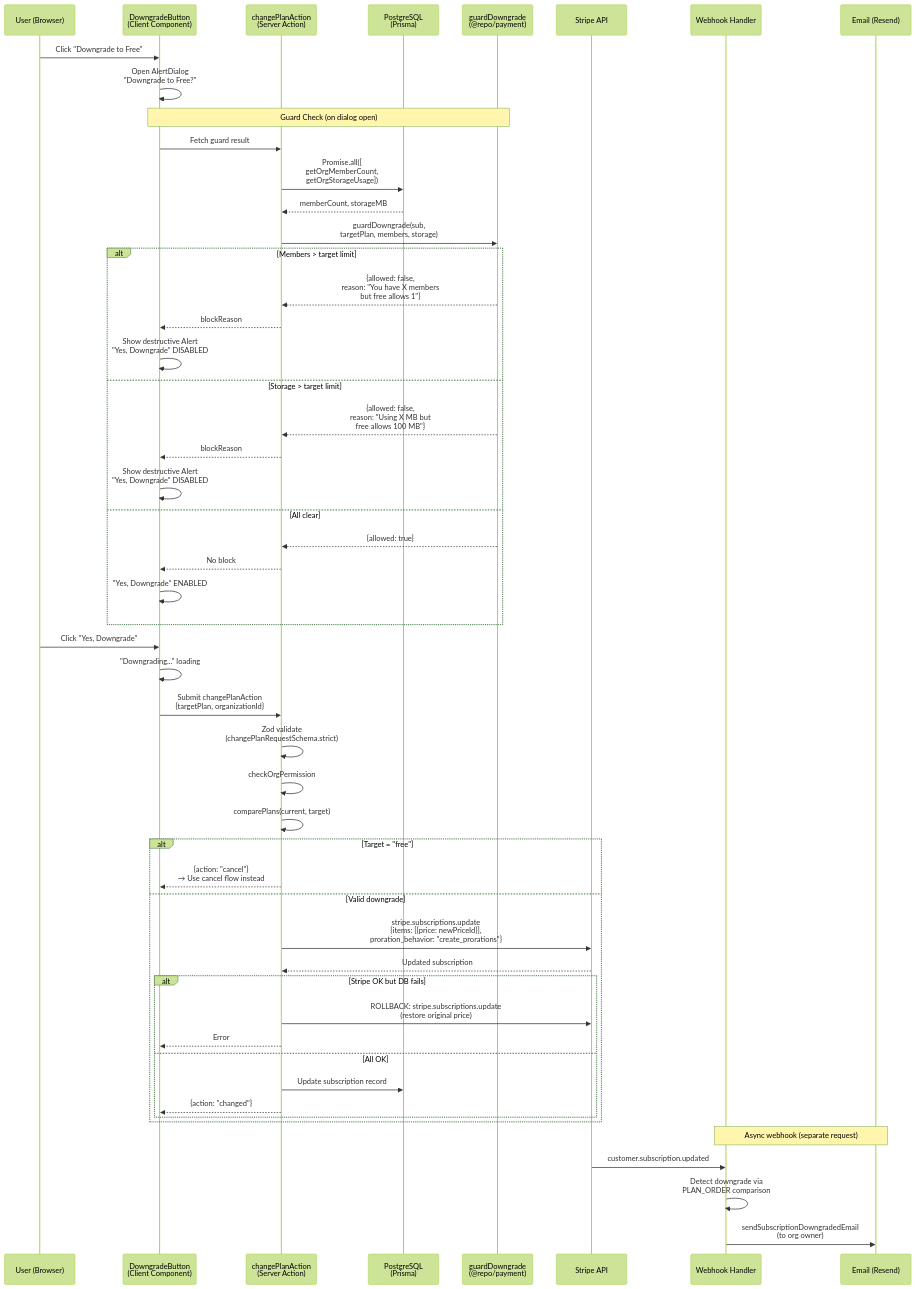
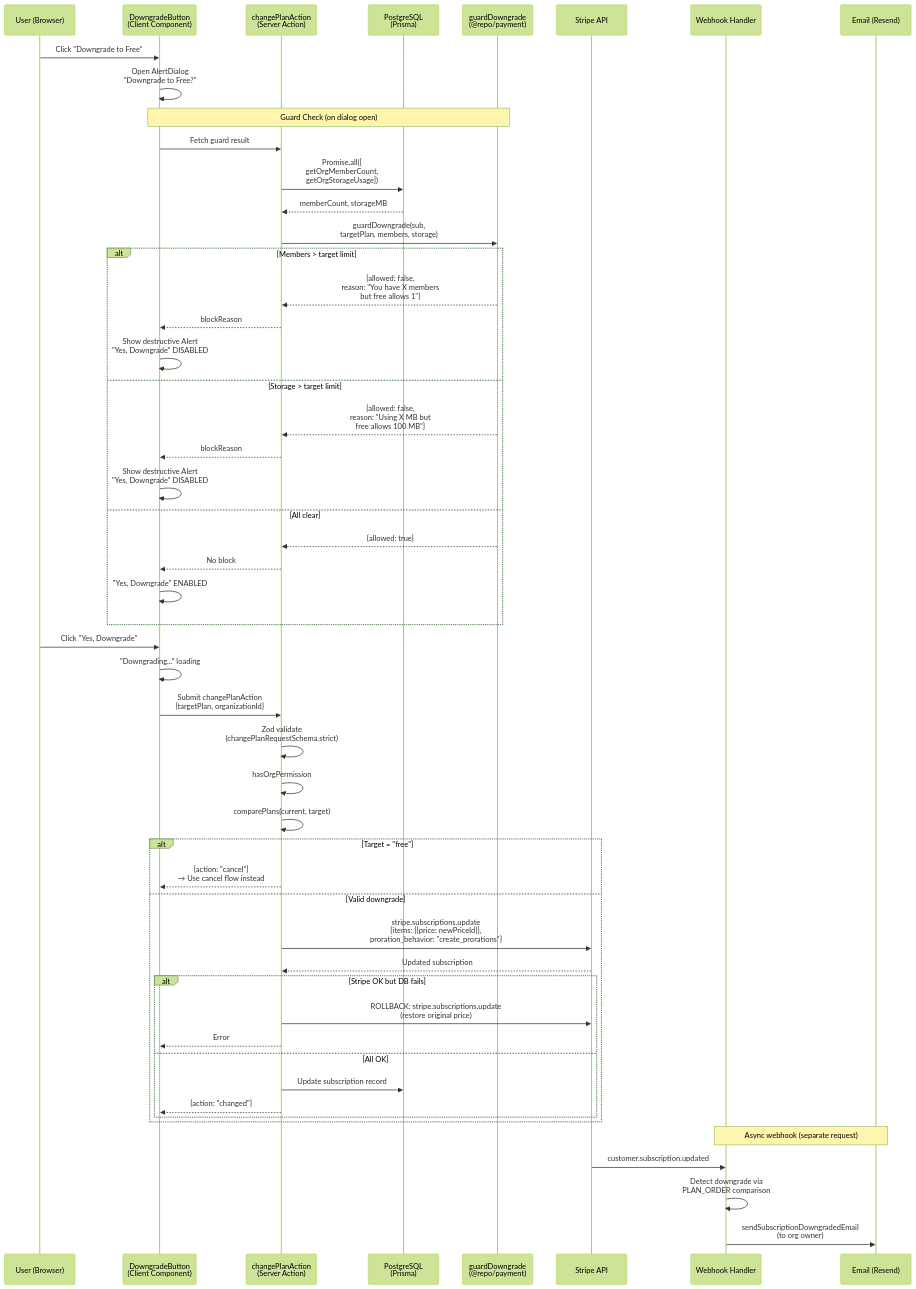
The fourth of 7 diagrams in apps/web/e2e/payment/manual-test-cases.md (saasprokit-com/saasprokit), drawn with Mermaid (forest theme) before and after one commit. The commit also changed other lines of this file and 18 other files, not shown here.

````diff
--- a/apps/web/e2e/payment/manual-test-cases.md
+++ b/apps/web/e2e/payment/manual-test-cases.md
@@ -219,62 +219,62 @@
 ```mermaid
 sequenceDiagram
     participant U as User (Browser)
     participant DB as DowngradeButton<br/>(Client Component)
     participant SA as changePlanAction<br/>(Server Action)
     participant PG as PostgreSQL<br/>(Prisma)
     participant G as guardDowngrade<br/>(@repo/payment)
     participant S as Stripe API
     participant WH as Webhook Handler
     participant E as Email (Resend)
 
     U->>DB: Click "Downgrade to Free"
     DB->>DB: Open AlertDialog<br/>"Downgrade to Free?"
 
     Note over DB,G: Guard Check (on dialog open)
     DB->>SA: Fetch guard result
     SA->>PG: Promise.all([<br/>getOrgMemberCount,<br/>getOrgStorageUsage])
     PG-->>SA: memberCount, storageMB
     SA->>G: guardDowngrade(sub,<br/>targetPlan, members, storage)
 
     alt Members > target limit
         G-->>SA: {allowed: false,<br/>reason: "You have X members<br/>but free allows 1"}
         SA-->>DB: blockReason
         DB->>DB: Show destructive Alert<br/>"Yes, Downgrade" DISABLED
     else Storage > target limit
         G-->>SA: {allowed: false,<br/>reason: "Using X MB but<br/>free allows 100 MB"}
         SA-->>DB: blockReason
         DB->>DB: Show destructive Alert<br/>"Yes, Downgrade" DISABLED
     else All clear
         G-->>SA: {allowed: true}
         SA-->>DB: No block
         DB->>DB: "Yes, Downgrade" ENABLED
     end
 
     U->>DB: Click "Yes, Downgrade"
     DB->>DB: "Downgrading..." loading
 
     DB->>SA: Submit changePlanAction<br/>{targetPlan, organizationId}
     SA->>SA: Zod validate<br/>(changePlanRequestSchema.strict)
-    SA->>SA: checkOrgPermission
+    SA->>SA: hasOrgPermission
     SA->>SA: comparePlans(current, target)
 
     alt Target = "free"
         SA-->>DB: {action: "cancel"}<br/>→ Use cancel flow instead
     else Valid downgrade
         SA->>S: stripe.subscriptions.update<br/>{items: [{price: newPriceId}],<br/>proration_behavior: "create_prorations"}
         S-->>SA: Updated subscription
 
         alt Stripe OK but DB fails
             SA->>S: ROLLBACK: stripe.subscriptions.update<br/>(restore original price)
             SA-->>DB: Error
         else All OK
             SA->>PG: Update subscription record
             SA-->>DB: {action: "changed"}
         end
     end
 
     Note over WH,E: Async webhook (separate request)
     S->>WH: customer.subscription.updated
     WH->>WH: Detect downgrade via<br/>PLAN_ORDER comparison
     WH->>E: sendSubscriptionDowngradedEmail<br/>(to org owner)
 ```
````
